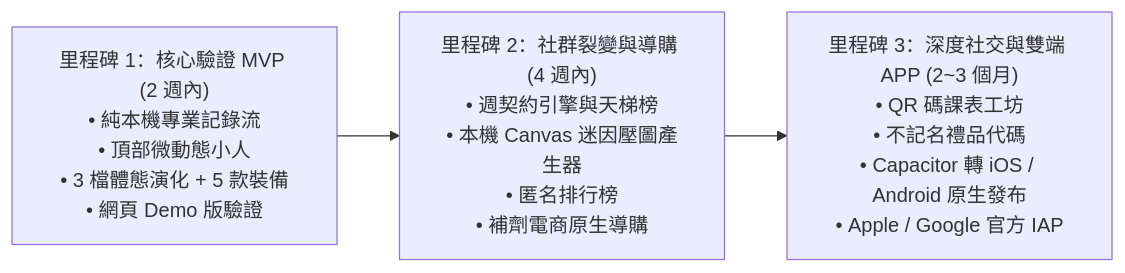
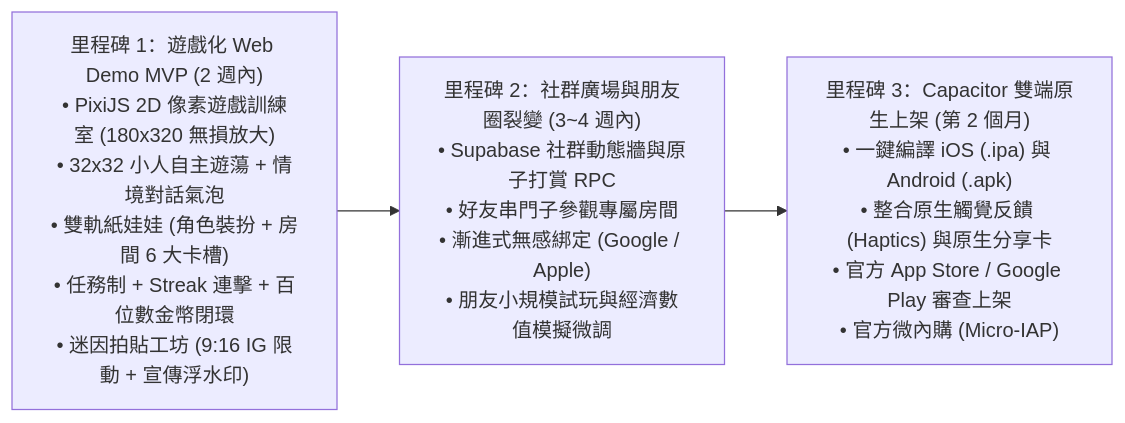
The diagram in llm-wiki/wiki/roadmap.md (yuchienw/Fitmon), drawn with Mermaid before and after one commit. The commit also changed other lines of this file and 9 other files, not shown here.

Commit message:
docs(wiki): 知識庫全面同頻——回寫 GDD 雙軌紙娃娃、PixiJS 渲染、拍立得與宣傳浮水印 (TASK-006)

````diff
--- a/llm-wiki/wiki/roadmap.md
+++ b/llm-wiki/wiki/roadmap.md
@@ -9,10 +9,10 @@
 ```mermaid
 flowchart LR
-    M1["里程碑 1：核心驗證 MVP (2 週內)\n• 純本機專業記錄流\n• 頂部微動態小人\n• 3 檔體態演化 + 5 款裝備\n• 網頁 Demo 版驗證"]
+    M1["里程碑 1：遊戲化 Web Demo MVP (2 週內)\n• PixiJS 2D 像素遊戲訓練室 (180x320 無損放大)\n• 32x32 小人自主遊蕩 + 情境對話氣泡\n• 雙軌紙娃娃 (角色裝扮 + 房間 6 大卡槽)\n• 任務制 + Streak 連擊 + 百位數金幣閉環\n• 迷因拍貼工坊 (9:16 IG 限動 + 宣傳浮水印)"]
     
-    M2["里程碑 2：社群裂變與導購 (4 週內)\n• 週契約引擎與天梯榜\n• 本機 Canvas 迷因壓圖產生器\n• 匿名排行榜\n• 補劑電商原生導購"]
+    M2["里程碑 2：社群廣場與朋友圈裂變 (3~4 週內)\n• Supabase 社群動態牆與原子打賞 RPC\n• 好友串門子參觀專屬房間\n• 漸進式無感綁定 (Google / Apple)\n• 朋友小規模試玩與經濟數值模擬微調"]
 
-    M3["里程碑 3：深度社交與雙端 APP (2~3 個月)\n• QR 碼課表工坊\n• 不記名禮品代碼\n• Capacitor 轉 iOS / Android 原生發布\n• Apple / Google 官方 IAP"]
+    M3["里程碑 3：Capacitor 雙端原生上架 (第 2 個月)\n• 一鍵編譯 iOS (.ipa) 與 Android (.apk)\n• 整合原生觸覺反饋 (Haptics) 與原生分享卡\n• 官方 App Store / Google Play 審查上架\n• 官方微內購 (Micro-IAP)"]
 
     M1 --> M2 --> M3
 ```
````
